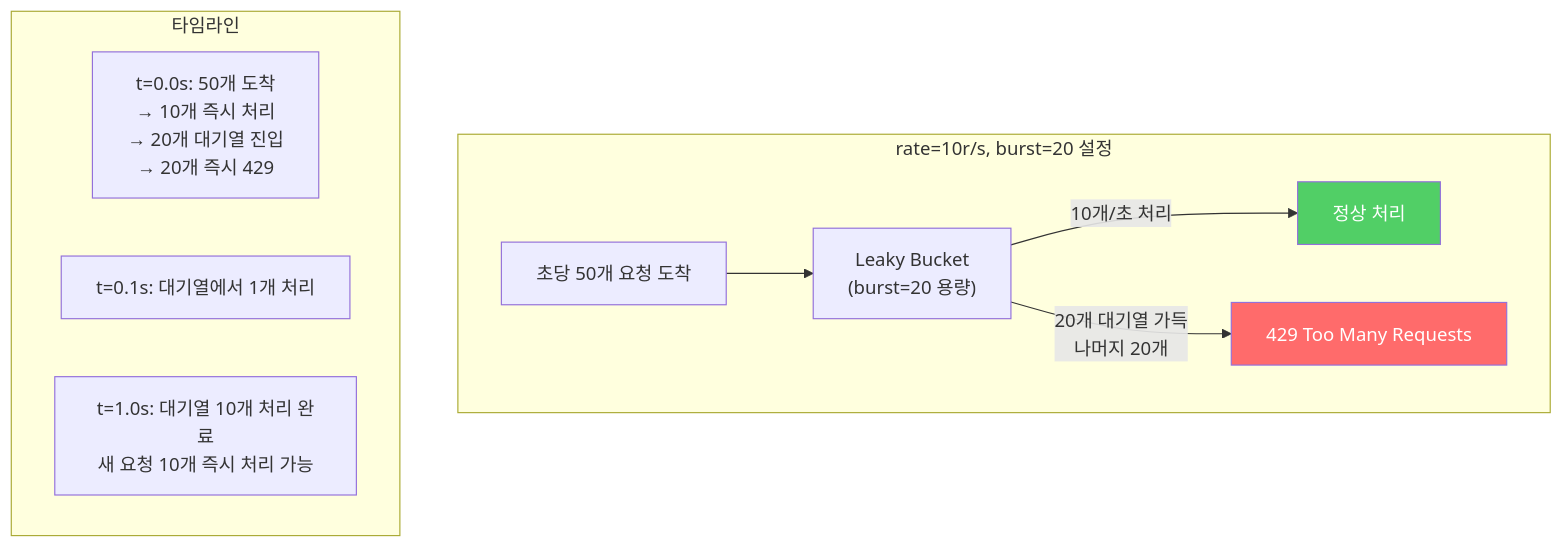
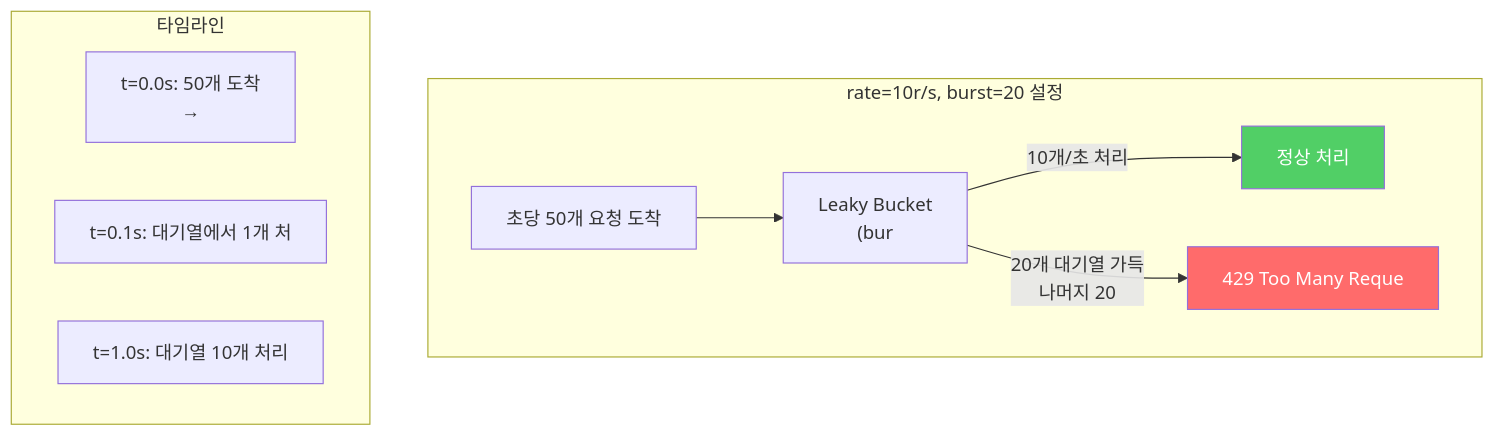
One commit to yjkim2015/yjkim2015.github.io changed diagram 15 of 18 in _posts/server/2026-05-01-nginx.md. Above: the diagram before and after it, drawn with Mermaid. The commit also changed other lines of this file and 271 other files, not shown here.

First line of the commit message:
Mermaid 라벨 축소: 긴 노드 텍스트 18자 이하로 트림 + \n 제거

````diff
--- a/_posts/server/2026-05-01-nginx.md
+++ b/_posts/server/2026-05-01-nginx.md
@@ -695,15 +695,15 @@
 ```mermaid
 graph TD
     subgraph "rate=10r/s, burst=20 설정"
-        REQ["초당 50개 요청 도착"] --> BUCKET["Leaky Bucket\n(burst=20 용량)"]
+        REQ["초당 50개 요청 도착"] --> BUCKET["Leaky Bucket\n(bur"]
         BUCKET -->|"10개/초 처리"| PROCESS["정상 처리"]
-        BUCKET -->|"20개 대기열 가득\n나머지 20개"| REJECT["429 Too Many Requests"]
+        BUCKET -->|"20개 대기열 가득\n나머지 20"| REJECT["429 Too Many Reque"]
     end
     subgraph "타임라인"
-        T1["t=0.0s: 50개 도착\n→ 10개 즉시 처리\n→ 20개 대기열 진입\n→ 20개 즉시 429"]
-        T2["t=0.1s: 대기열에서 1개 처리"]
-        T3["t=1.0s: 대기열 10개 처리 완료\n새 요청 10개 즉시 처리 가능"]
+        T1["t=0.0s: 50개 도착\n→"]
+        T2["t=0.1s: 대기열에서 1개 처"]
+        T3["t=1.0s: 대기열 10개 처리"]
     end
     style REJECT fill:#ff6b6b,color:#fff
     style PROCESS fill:#51cf66,color:#fff
 ```
````
